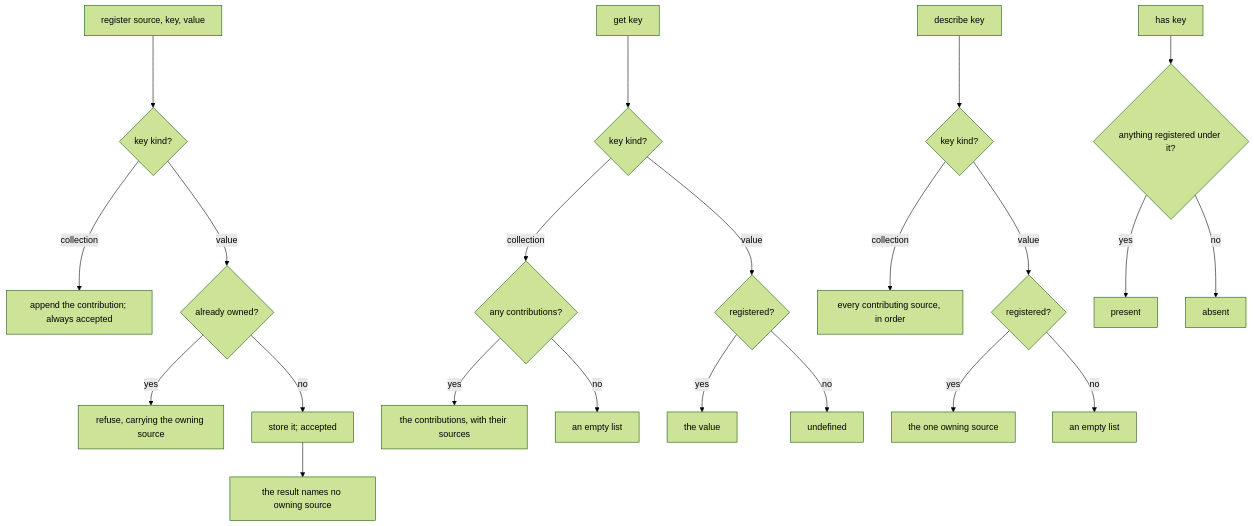
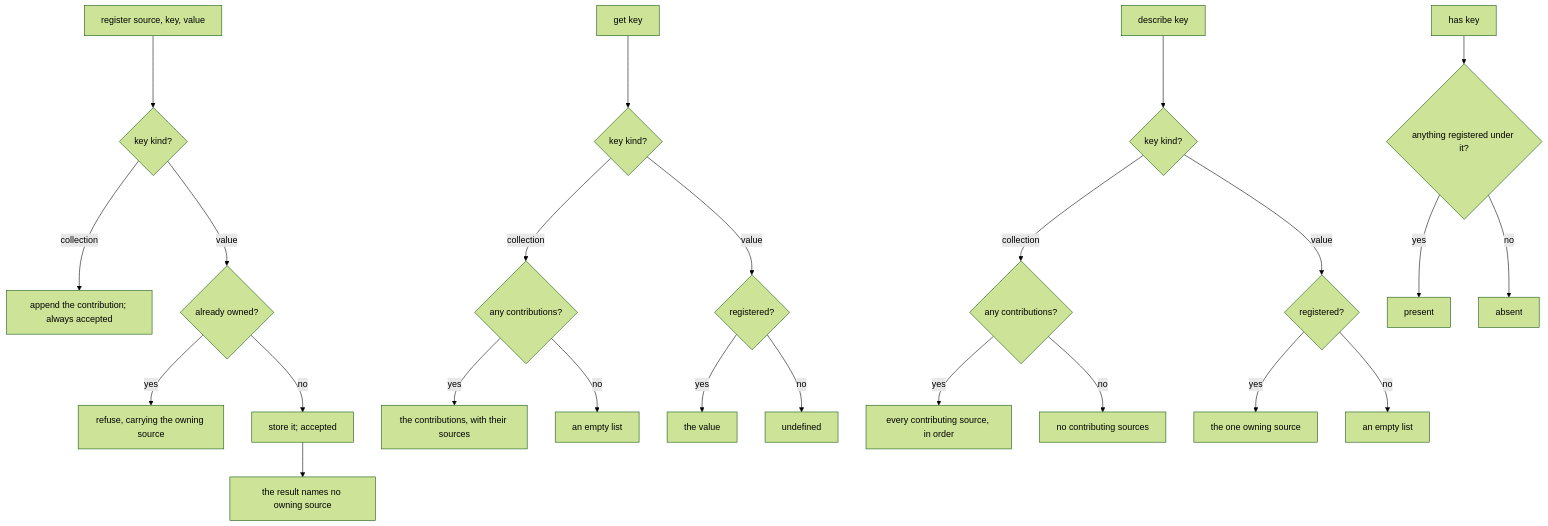
One commit to clibuilder/clibuilder changed the third of 4 diagrams in packages/clibuilder/.agents/spec/plugins/README.md. Above: the diagram before and after it, drawn with Mermaid (forest theme). The commit also changed other lines of this file and 3 other files, not shown here.

````diff
--- a/packages/clibuilder/.agents/spec/plugins/README.md
+++ b/packages/clibuilder/.agents/spec/plugins/README.md
@@ -190,23 +190,25 @@
 ```mermaid
 graph TD
   R[register source, key, value] --> KIND{key kind?}
   KIND -- collection --> APP[append the contribution; always accepted]
   KIND -- value --> OWN{already owned?}
   OWN -- yes --> REF[refuse, carrying the owning source]
   OWN -- no --> TAKE[store it; accepted] --> TNS[the result names no owning source]
   G[get key] --> GK{key kind?}
   GK -- collection --> GC{any contributions?}
   GC -- yes --> GCL[the contributions, with their sources]
   GC -- no --> GE[an empty list]
   GK -- value --> GV{registered?}
   GV -- yes --> GVV[the value]
   GV -- no --> GU[undefined]
   D[describe key] --> DK{key kind?}
-  DK -- collection --> DC[every contributing source, in order]
+  DK -- collection --> DC{any contributions?}
+  DC -- yes --> DCS[every contributing source, in order]
+  DC -- no --> DCE[no contributing sources]
   DK -- value --> DV{registered?}
   DV -- yes --> DVS[the one owning source]
   DV -- no --> DE[an empty list]
   H[has key] --> HR{anything registered under it?}
   HR -- yes --> HT[present]
   HR -- no --> HF[absent]
 ```
````
